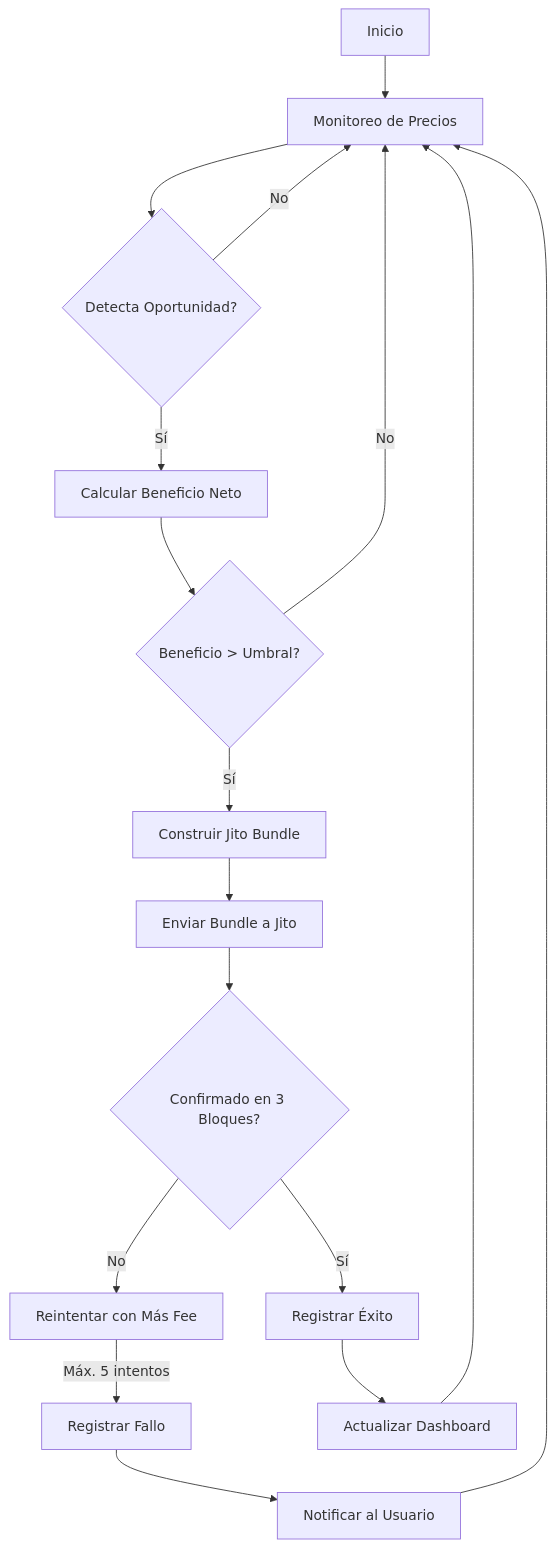
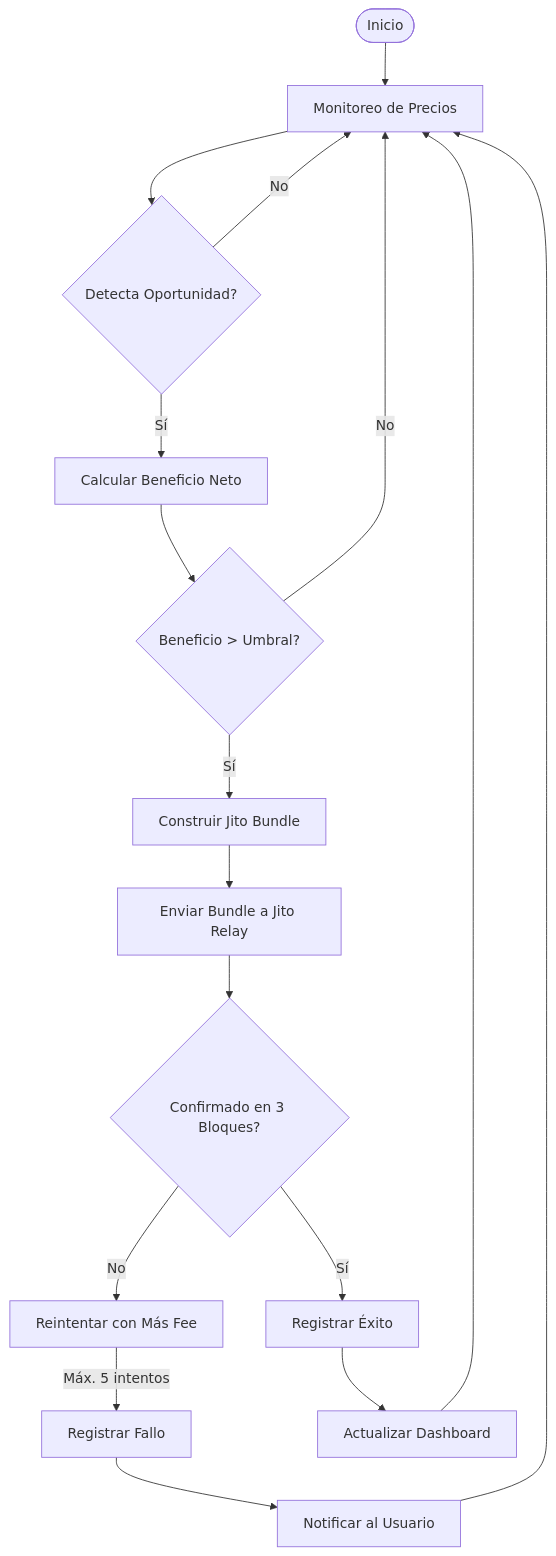
The first of 2 diagrams in spec.md (ybotet/jupiter-bot), drawn with Mermaid before and after one commit. The commit also changed other lines of this file, not shown here.

Commit message:
con spec

````diff
--- a/spec.md
+++ b/spec.md
@@ -124,19 +125,19 @@
 ```mermaid
 graph TD
-    A[Inicio] --> B[Monitoreo de Precios]
+    A([Inicio]) --> B[Monitoreo de Precios]
     B --> C{Detecta Oportunidad?}
     C -->|Sí| D[Calcular Beneficio Neto]
+    C -->|No| B
     D --> E{Beneficio > Umbral?}
     E -->|Sí| F[Construir Jito Bundle]
-    F --> G[Enviar Bundle a Jito]
+    E -->|No| B
+    F --> G[Enviar Bundle a Jito Relay]
     G --> H{Confirmado en 3 Bloques?}
     H -->|Sí| I[Registrar Éxito]
     H -->|No| J[Reintentar con Más Fee]
     J -->|Máx. 5 intentos| K[Registrar Fallo]
     K --> L[Notificar al Usuario]
     I --> M[Actualizar Dashboard]
+    M --> B
     L --> B
-    M --> B
-    C -->|No| B
-    E -->|No| B
 ```
````
